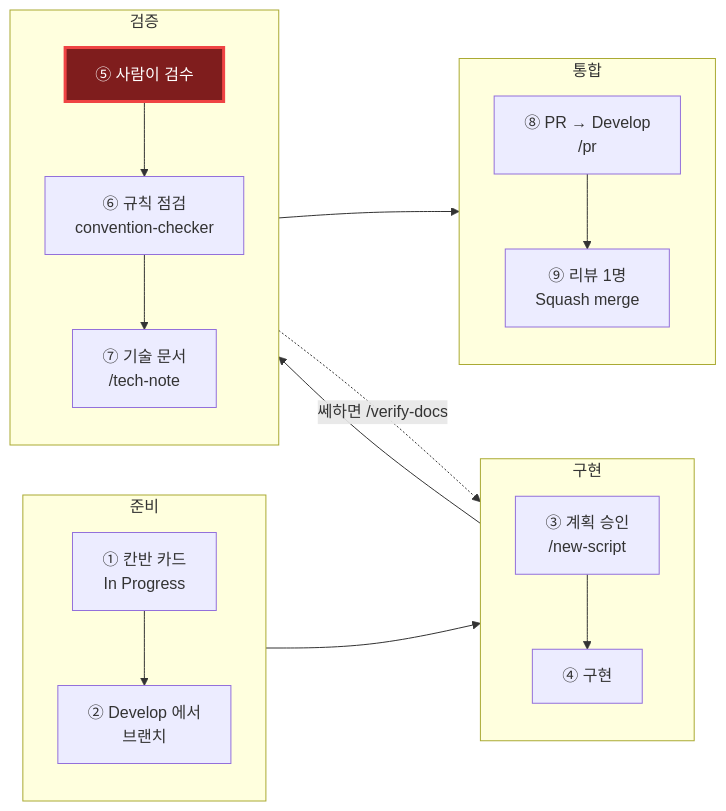
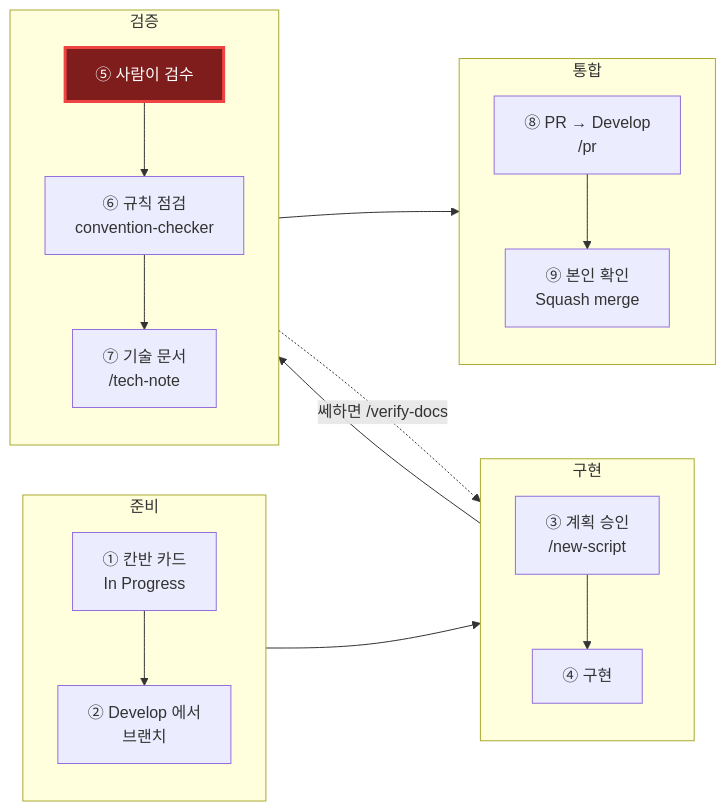
One commit to KDNA-Gwangju-1/NCAIClicker changed the second of 4 diagrams in docs/WORKFLOW_DIAGRAMS.md. Above: the diagram before and after it, drawn with Mermaid. The commit also changed 8 other files, not shown here.

````diff
--- a/docs/WORKFLOW_DIAGRAMS.md
+++ b/docs/WORKFLOW_DIAGRAMS.md
@@ -27,26 +27,26 @@
 ```mermaid
 flowchart LR
     subgraph P1["준비"]
         direction TB
         C1["① 칸반 카드<br/>In Progress"] --> C2["② Develop 에서<br/>브랜치"]
     end
     subgraph P2["구현"]
         direction TB
         C3["③ 계획 승인<br/>/new-script"] --> C4["④ 구현"]
     end
     subgraph P3["검증"]
         direction TB
         C5["⑤ 사람이 검수"] --> C6["⑥ 규칙 점검<br/>convention-checker"] --> C7["⑦ 기술 문서<br/>/tech-note"]
     end
     subgraph P4["통합"]
         direction TB
-        C8["⑧ PR → Develop<br/>/pr"] --> C9["⑨ 리뷰 1명<br/>Squash merge"]
+        C8["⑧ PR → Develop<br/>/pr"] --> C9["⑨ 본인 확인<br/>Squash merge"]
     end
 
     C2 --> C3
     C4 --> C5
     C7 --> C8
     C5 -. "쎄하면 /verify-docs" .-> C4
 
     style C5 fill:#7f1d1d,stroke:#ef4444,stroke-width:3px,color:#fff
 ```
````
